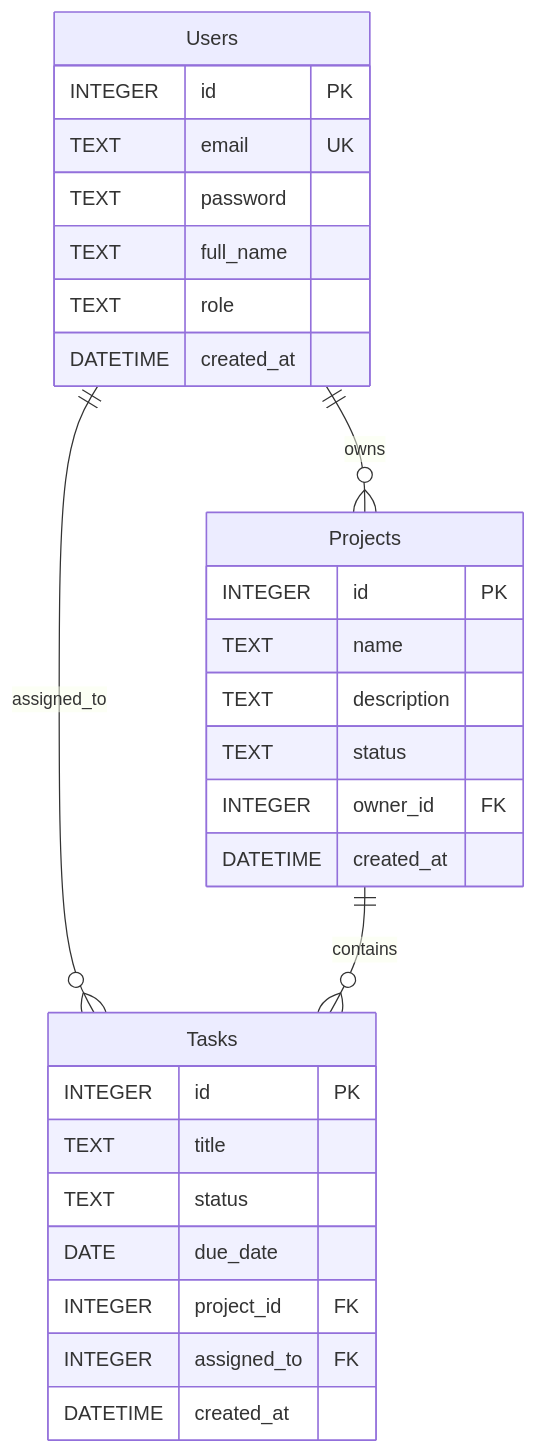
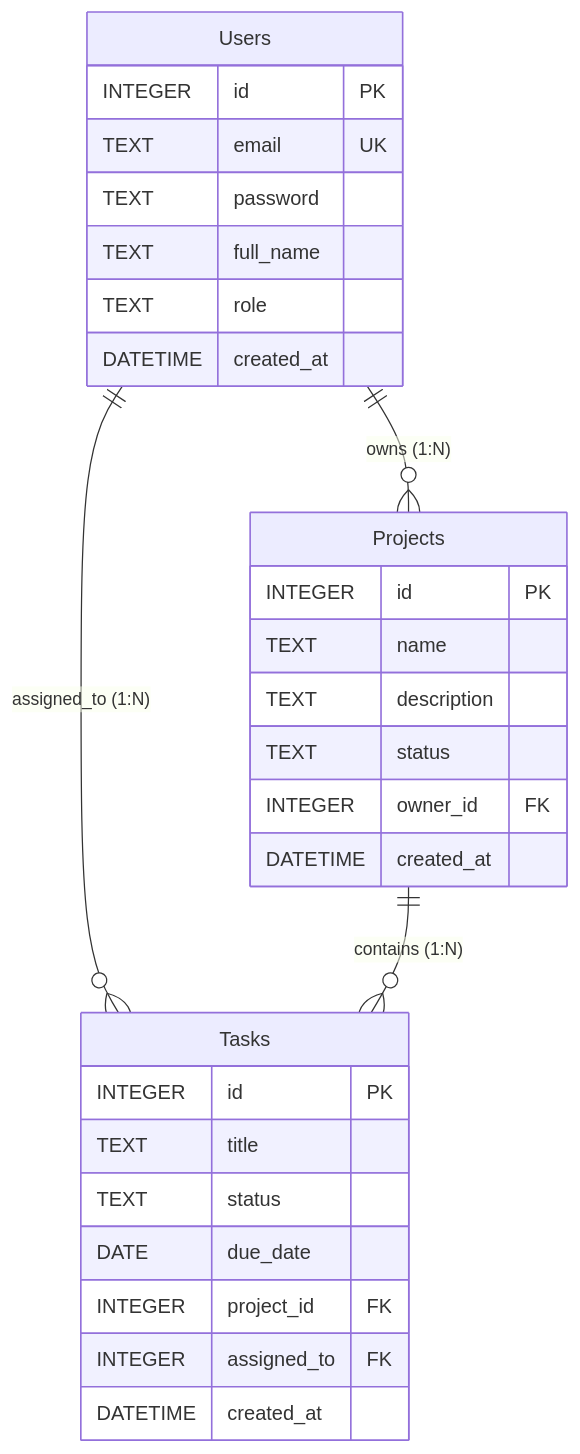
The diagram in README.md (Rasika00/nexus), drawn with Mermaid before and after one commit. The commit also changed other lines of this file and 12 other files, not shown here.

````diff
--- a/README.md
+++ b/README.md
@@ -182,34 +50,34 @@
 ```mermaid
 erDiagram
-    Users ||--o{ Projects : owns
-    Users ||--o{ Tasks : assigned_to
-    Projects ||--o{ Tasks : contains
+    Users ||--o{ Projects : "owns (1:N)"
+    Users ||--o{ Tasks : "assigned_to (1:N)"
+    Projects ||--o{ Tasks : "contains (1:N)"
 
     Users {
         INTEGER id PK
         TEXT email UK
         TEXT password
         TEXT full_name
         TEXT role
         DATETIME created_at
     }
 
     Projects {
         INTEGER id PK
         TEXT name
         TEXT description
         TEXT status
         INTEGER owner_id FK
         DATETIME created_at
     }
 
     Tasks {
         INTEGER id PK
         TEXT title
         TEXT status
         DATE due_date
         INTEGER project_id FK
         INTEGER assigned_to FK
         DATETIME created_at
     }
 ```
````
